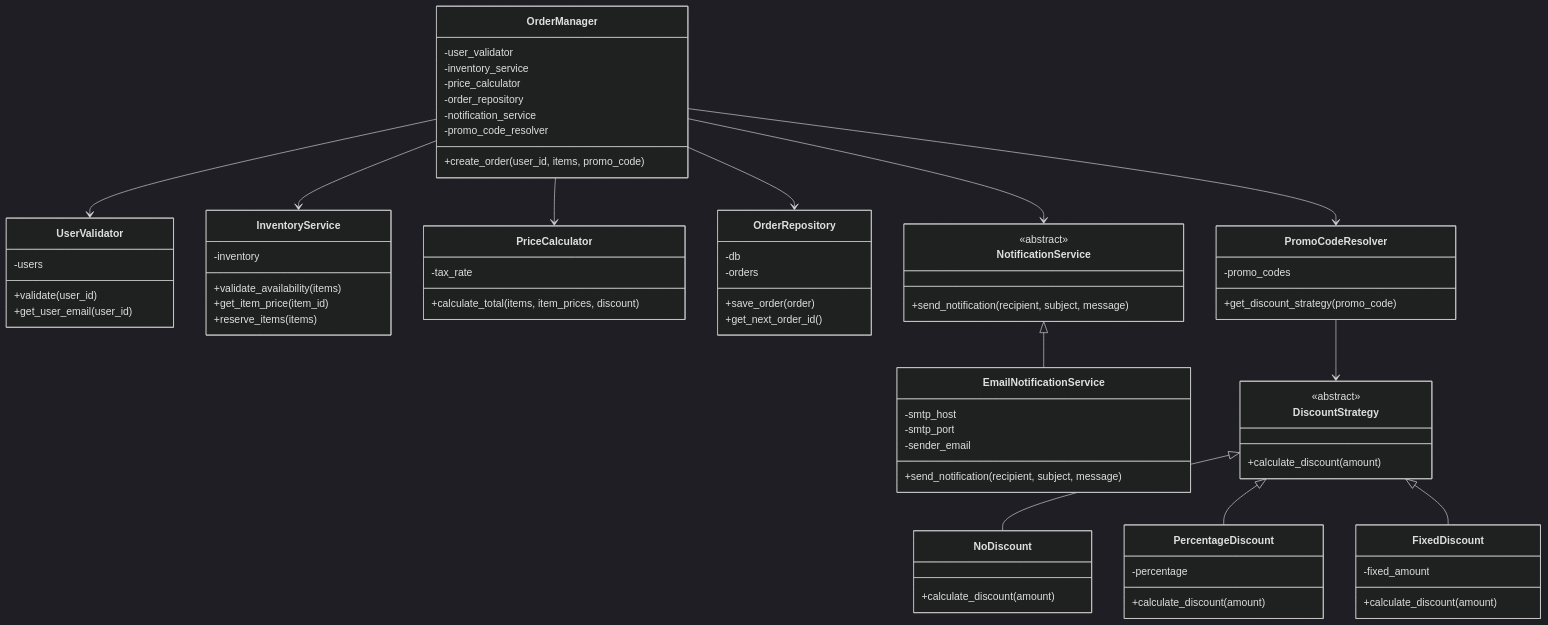
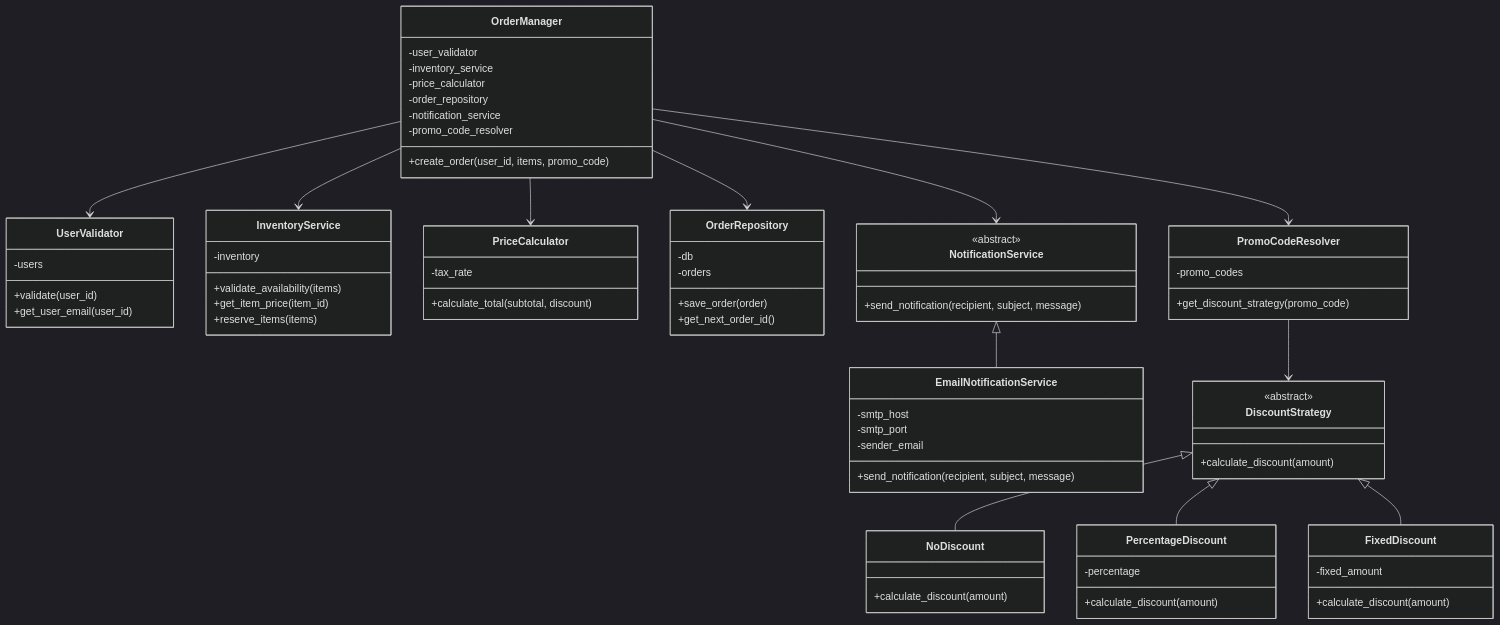
The diagram in task1-god-object/diagrams/after.md (Mpekvoup/refactoring-tasks_beknur), drawn with Mermaid (dark theme) before and after one commit. The commit also changed 14 other files, not shown here.

```diff
--- a/task1-god-object/diagrams/after.md
+++ b/task1-god-object/diagrams/after.md
@@ -27,7 +27,7 @@
 
     class PriceCalculator {
         -tax_rate
-        +calculate_total(items, item_prices, discount)
+        +calculate_total(subtotal, discount)
     }
 
     class OrderRepository {
```
